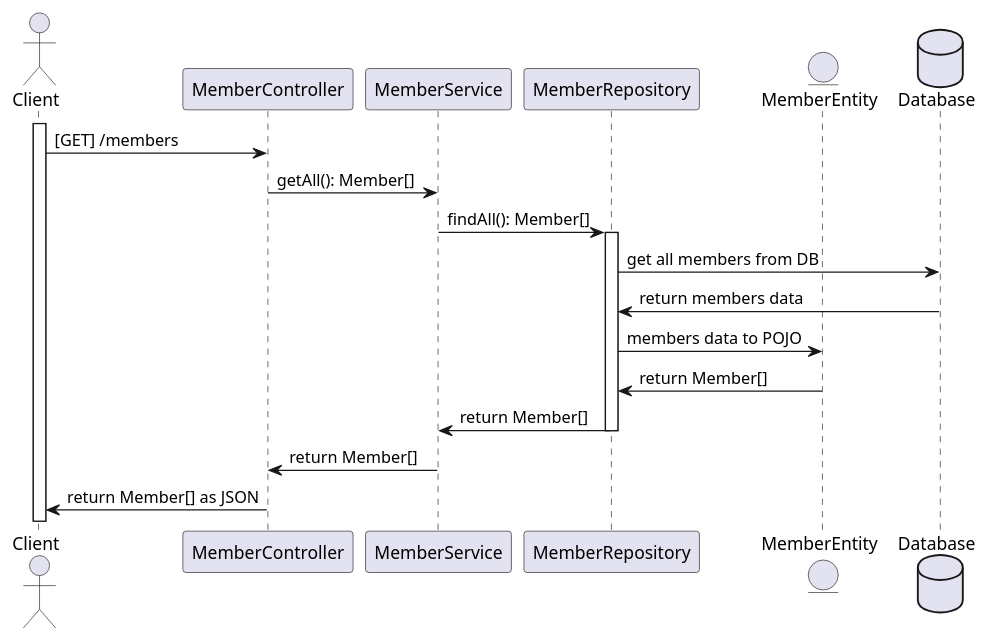
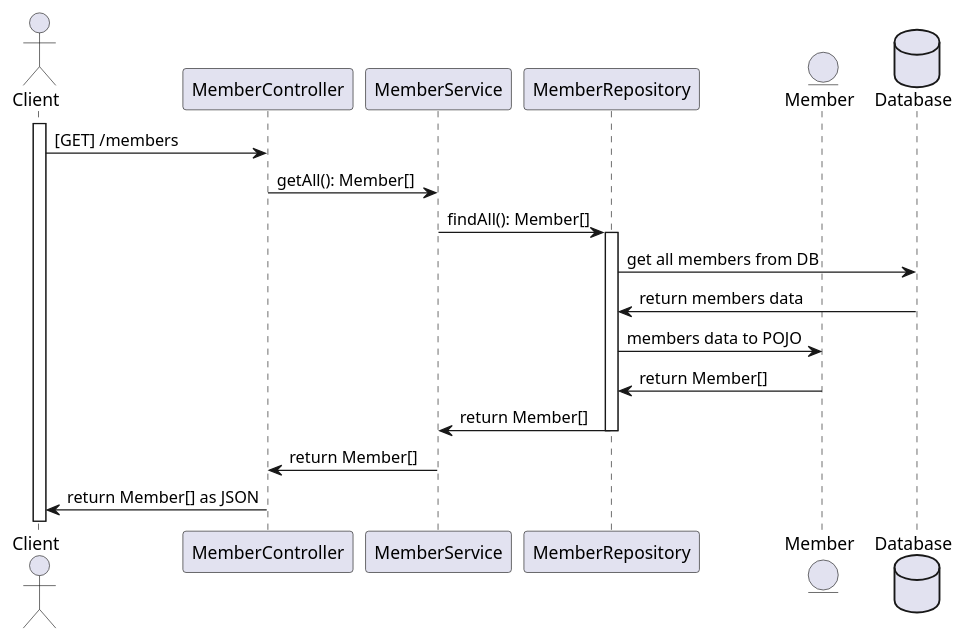
Before and after one commit to ETML-ES-FWBE/ZucchinIT: the diagram in docs/sequences/nominal_sequence.puml, drawn with PlantUML. The commit also changed 4 other files, not shown here.

```diff
--- a/docs/sequences/nominal_sequence.puml
+++ b/docs/sequences/nominal_sequence.puml
@@ -1,25 +1,25 @@
 @startuml
 
 actor Client
 participant MemberController
 participant MemberService
 participant MemberRepository
-entity MemberEntity
+entity Member
 database Database
 
 activate Client
 
 Client -> MemberController : [GET] /members
 MemberController -> MemberService : getAll(): Member[]
 MemberService -> MemberRepository : findAll(): Member[]
 activate MemberRepository
 MemberRepository -> Database : get all members from DB
 Database -> MemberRepository : return members data
-MemberRepository -> MemberEntity : members data to POJO
-MemberEntity -> MemberRepository : return Member[]
+MemberRepository -> Member : members data to POJO
+Member -> MemberRepository : return Member[]
 MemberRepository -> MemberService : return Member[]
 deactivate MemberRepository
 MemberService -> MemberController : return Member[]
 MemberController -> Client : return Member[] as JSON
 
 @enduml
```
